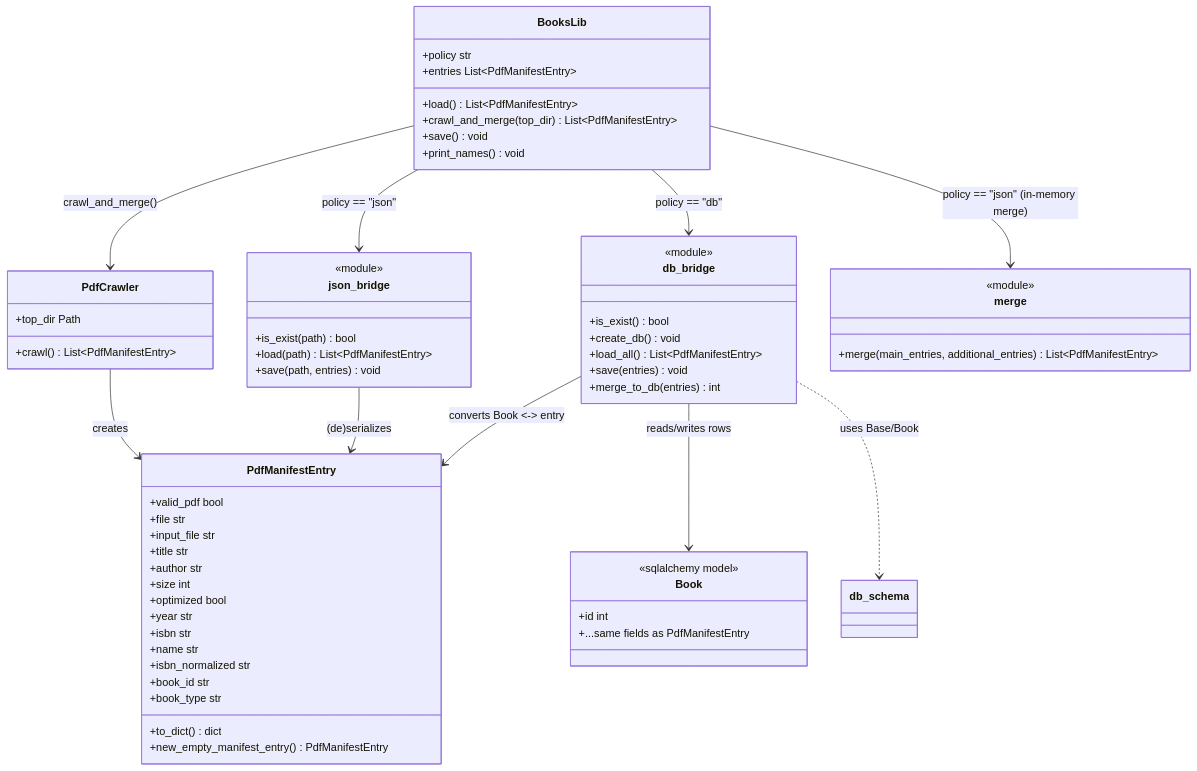
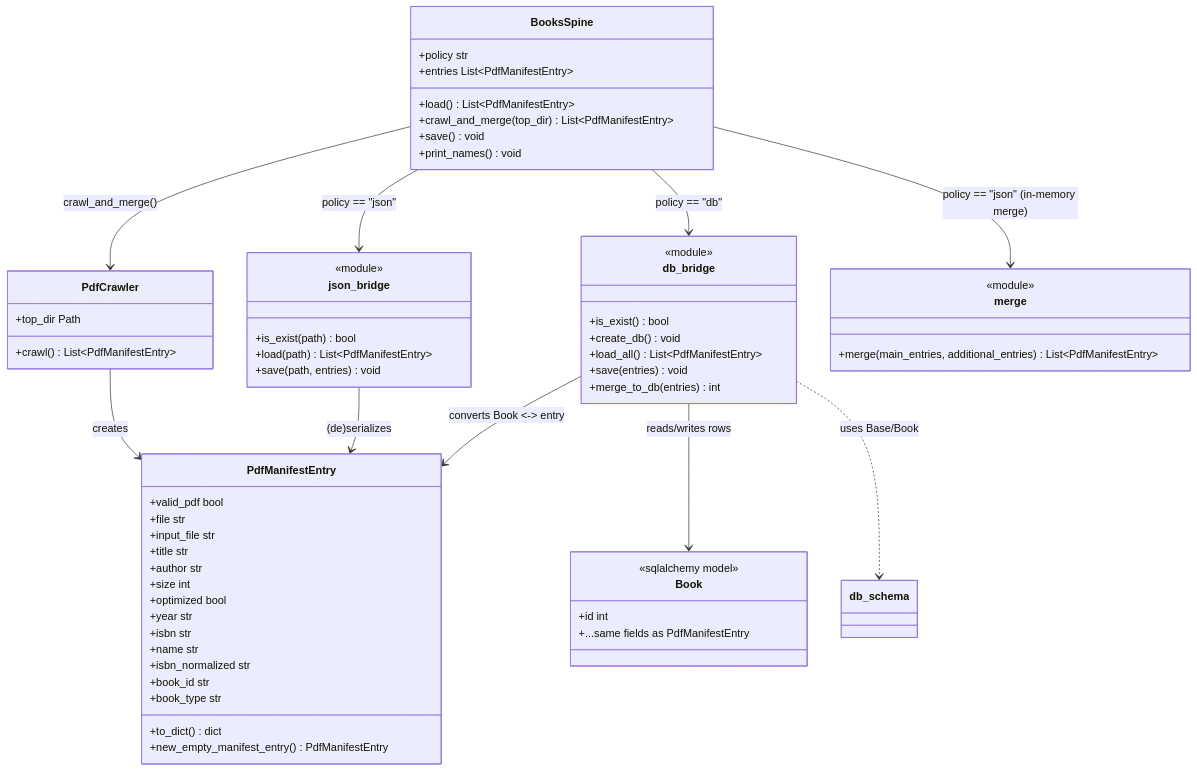
Before and after one commit to itd22/pdfmn: the first of 2 diagrams in doc/DIAGRAM.md, drawn with Mermaid. The commit also changed other lines of this file and 29 other files, not shown here.

````diff
--- a/doc/DIAGRAM.md
+++ b/doc/DIAGRAM.md
@@ -38,71 +38,71 @@
 ```mermaid
 classDiagram
     class PdfManifestEntry {
         +valid_pdf bool
         +file str
         +input_file str
         +title str
         +author str
         +size int
         +optimized bool
         +year str
         +isbn str
         +name str
         +isbn_normalized str
         +book_id str
         +book_type str
         +to_dict() dict
         +new_empty_manifest_entry() PdfManifestEntry
     }
 
     class PdfCrawler {
         +top_dir Path
         +crawl() List~PdfManifestEntry~
     }
 
-    class BooksLib {
+    class BooksSpine {
         +policy str
         +entries List~PdfManifestEntry~
         +load() List~PdfManifestEntry~
         +crawl_and_merge(top_dir) List~PdfManifestEntry~
         +save() void
         +print_names() void
     }
 
     class json_bridge {
         <<module>>
         +is_exist(path) bool
         +load(path) List~PdfManifestEntry~
         +save(path, entries) void
     }
 
     class db_bridge {
         <<module>>
         +is_exist() bool
         +create_db() void
         +load_all() List~PdfManifestEntry~
         +save(entries) void
         +merge_to_db(entries) int
     }
 
     class merge {
         <<module>>
         +merge(main_entries, additional_entries) List~PdfManifestEntry~
     }
 
     class Book {
         <<sqlalchemy model>>
         +id int
         +...same fields as PdfManifestEntry
     }
 
-    BooksLib --> json_bridge : policy == "json"
-    BooksLib --> db_bridge : policy == "db"
-    BooksLib --> merge : policy == "json" (in-memory merge)
-    BooksLib --> PdfCrawler : crawl_and_merge()
+    BooksSpine --> json_bridge : policy == "json"
+    BooksSpine --> db_bridge : policy == "db"
+    BooksSpine --> merge : policy == "json" (in-memory merge)
+    BooksSpine --> PdfCrawler : crawl_and_merge()
     PdfCrawler --> PdfManifestEntry : creates
     json_bridge --> PdfManifestEntry : (de)serializes
     db_bridge --> Book : reads/writes rows
     db_bridge --> PdfManifestEntry : converts Book <-> entry
     db_bridge ..> db_schema : uses Base/Book
 ```
````
